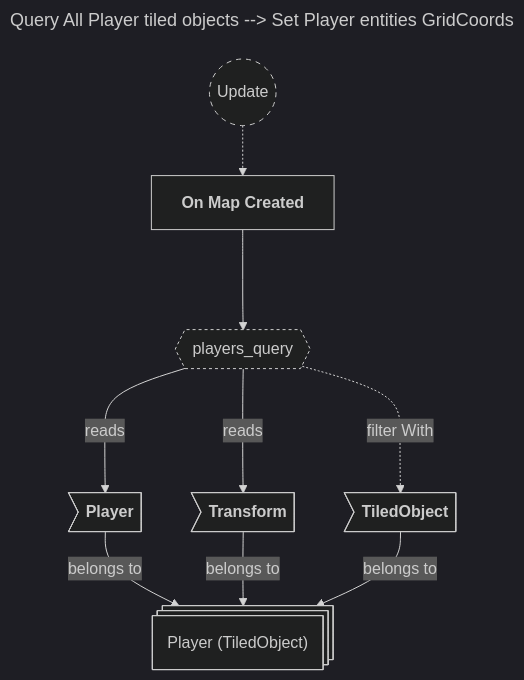
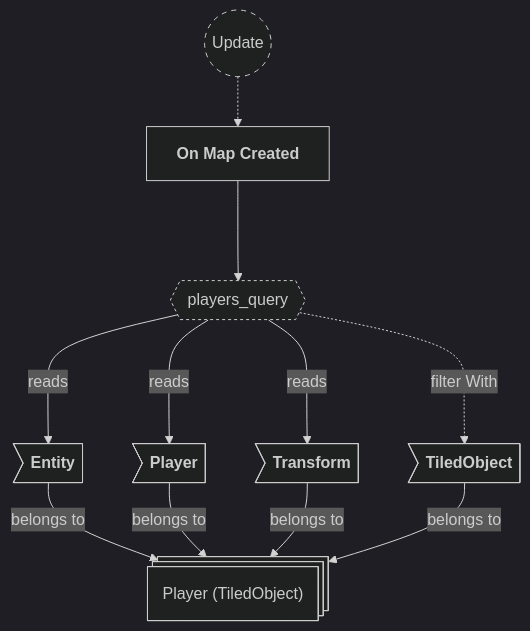
One commit to neurosoup/tyled changed the fourth of 6 diagrams in backlog/docs/doc-3 - 001-Maps-plugin.md. Above: the diagram before and after it, drawn with Mermaid. The commit also changed other lines of this file and 7 other files, not shown here.

````diff
--- a/backlog/docs/doc-3 - 001-Maps-plugin.md
+++ b/backlog/docs/doc-3 - 001-Maps-plugin.md
@@ -121,29 +155,30 @@
 ```mermaid
 ---
-title: Query All Player tiled objects --> Set Player entities GridCoords
 config:
   theme: dark
 ---
 
 flowchart TD
 classDef system-group stroke-dasharray: 5 5
 classDef query stroke-dasharray: 3 3
 
 update(("`Update`")):::system-group
 on_map_created["`**On Map Created**`"]
 
 update -.-> on_map_created
 
 players_query{{"`players_query`"}}:::query
 on_map_created ---> players_query
 
 player_entity@{ shape: st-rect, label: "Player (TiledObject)" }
 
+pe_entity>"`**Entity**`"] --> |belongs to| player_entity
 pe_player>"`**Player**`"] --> |belongs to| player_entity
 pe_transform>"`**Transform**`"] --> |belongs to| player_entity
 pe_tiled_object>"`**TiledObject**`"] --> |belongs to| player_entity
 
+players_query ---> |reads| pe_entity
 players_query ---> |reads| pe_player
 players_query ---> |reads| pe_transform
 players_query -..-> |filter With| pe_tiled_object
 ```
````
